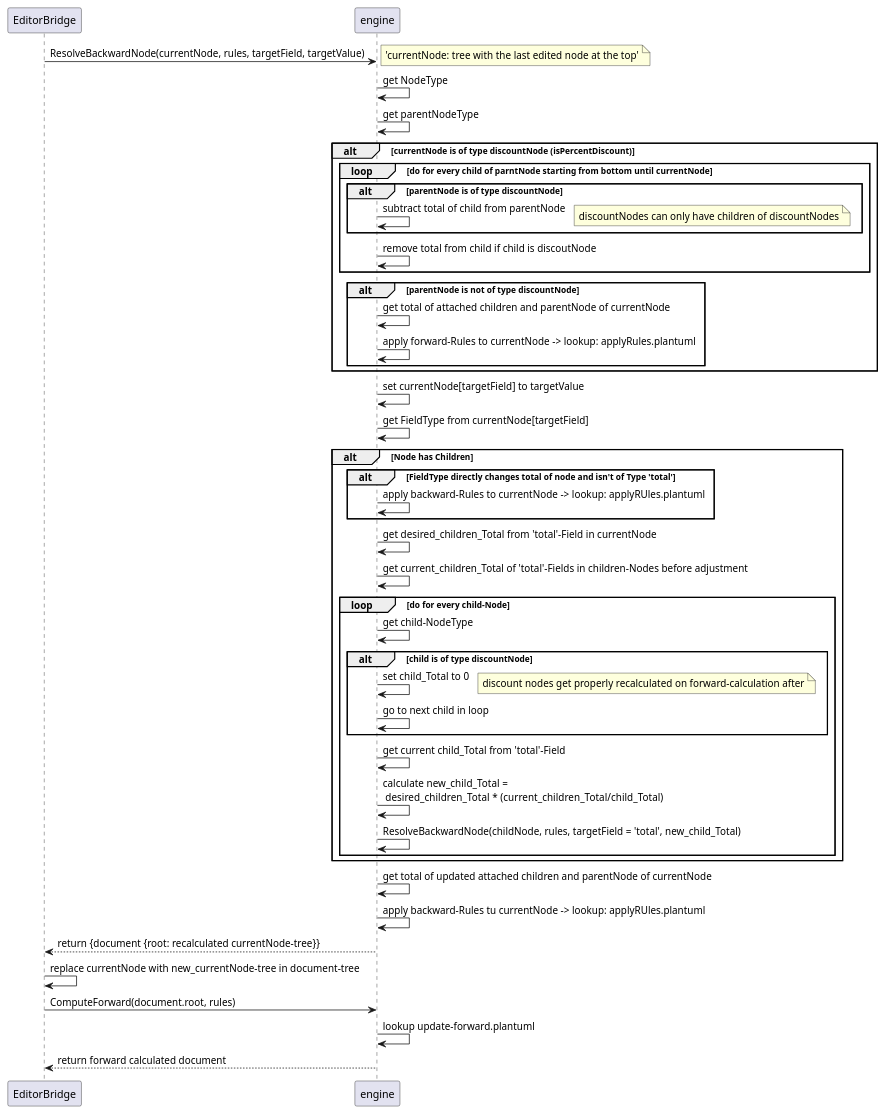
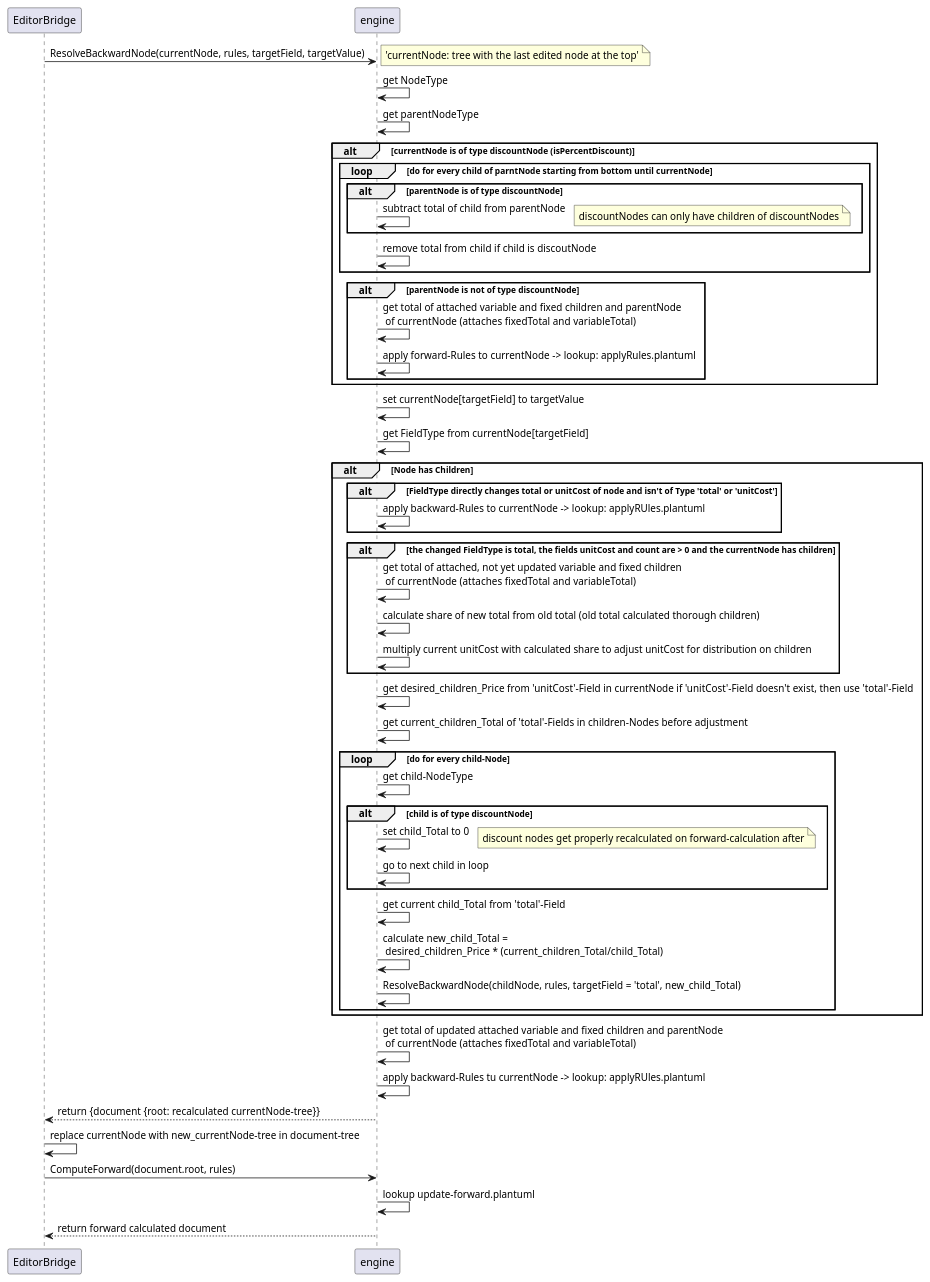
One commit to JoniRaptor/semantic-cost-position-calculation changed the diagram in src/semantic/doc/update-backward.plantuml. Above: the diagram before and after it, drawn with PlantUML. The commit also changed 8 other files, not shown here.

```diff
--- a/src/semantic/doc/update-backward.plantuml
+++ b/src/semantic/doc/update-backward.plantuml
@@ -1,49 +1,54 @@
 @startuml
 participant "EditorBridge" as Bridge
 participant "engine" as E
 
 Bridge -> E: ResolveBackwardNode(currentNode, rules, targetField, targetValue)
 note right: 'currentNode: tree with the last edited node at the top'
 E -> E: get NodeType
 E -> E: get parentNodeType
 alt currentNode is of type discountNode (isPercentDiscount)
     loop do for every child of parntNode starting from bottom until currentNode
         alt parentNode is of type discountNode
             E->E: subtract total of child from parentNode
             note right: discountNodes can only have children of discountNodes
         end
         E->E: remove total from child if child is discoutNode
     end
     alt parentNode is not of type discountNode
-        E->E: get total of attached children and parentNode of currentNode
+        E->E: get total of attached variable and fixed children and parentNode \n of currentNode (attaches fixedTotal and variableTotal)
         E -> E: apply forward-Rules to currentNode -> lookup: applyRules.plantuml
     end
 end
 E -> E: set currentNode[targetField] to targetValue
 E -> E: get FieldType from currentNode[targetField]
 alt Node has Children
-    alt FieldType directly changes total of node and isn't of Type 'total'
+    alt FieldType directly changes total or unitCost of node and isn't of Type 'total' or 'unitCost'
         E -> E: apply backward-Rules to currentNode -> lookup: applyRUles.plantuml
     end
-    E -> E: get desired_children_Total from 'total'-Field in currentNode
+    alt the changed FieldType is total, the fields unitCost and count are > 0 and the currentNode has children
+        E -> E: get total of attached, not yet updated variable and fixed children \n of currentNode (attaches fixedTotal and variableTotal)
+        E -> E: calculate share of new total from old total (old total calculated thorough children)
+        E -> E: multiply current unitCost with calculated share to adjust unitCost for distribution on children
+    end
+    E -> E: get desired_children_Price from 'unitCost'-Field in currentNode if 'unitCost'-Field doesn't exist, then use 'total'-Field
     E -> E: get current_children_Total of 'total'-Fields in children-Nodes before adjustment
     loop do for every child-Node
         E -> E: get child-NodeType
         alt child is of type discountNode
             E->E: set child_Total to 0
             note right: discount nodes get properly recalculated on forward-calculation after
             E->E: go to next child in loop
         end
         E -> E: get current child_Total from 'total'-Field
-        E -> E: calculate new_child_Total = \n desired_children_Total * (current_children_Total/child_Total)
+        E -> E: calculate new_child_Total = \n desired_children_Price * (current_children_Total/child_Total)
         E -> E: ResolveBackwardNode(childNode, rules, targetField = 'total', new_child_Total)
     end
 end
-E->E: get total of updated attached children and parentNode of currentNode
+E->E: get total of updated attached variable and fixed children and parentNode \n of currentNode (attaches fixedTotal and variableTotal)
 E -> E: apply backward-Rules tu currentNode -> lookup: applyRUles.plantuml
 E --> Bridge: return {document {root: recalculated currentNode-tree}}
 Bridge -> Bridge: replace currentNode with new_currentNode-tree in document-tree
 Bridge -> E: ComputeForward(document.root, rules)
 E -> E: lookup update-forward.plantuml
 E --> Bridge: return forward calculated document
 @enduml
```
